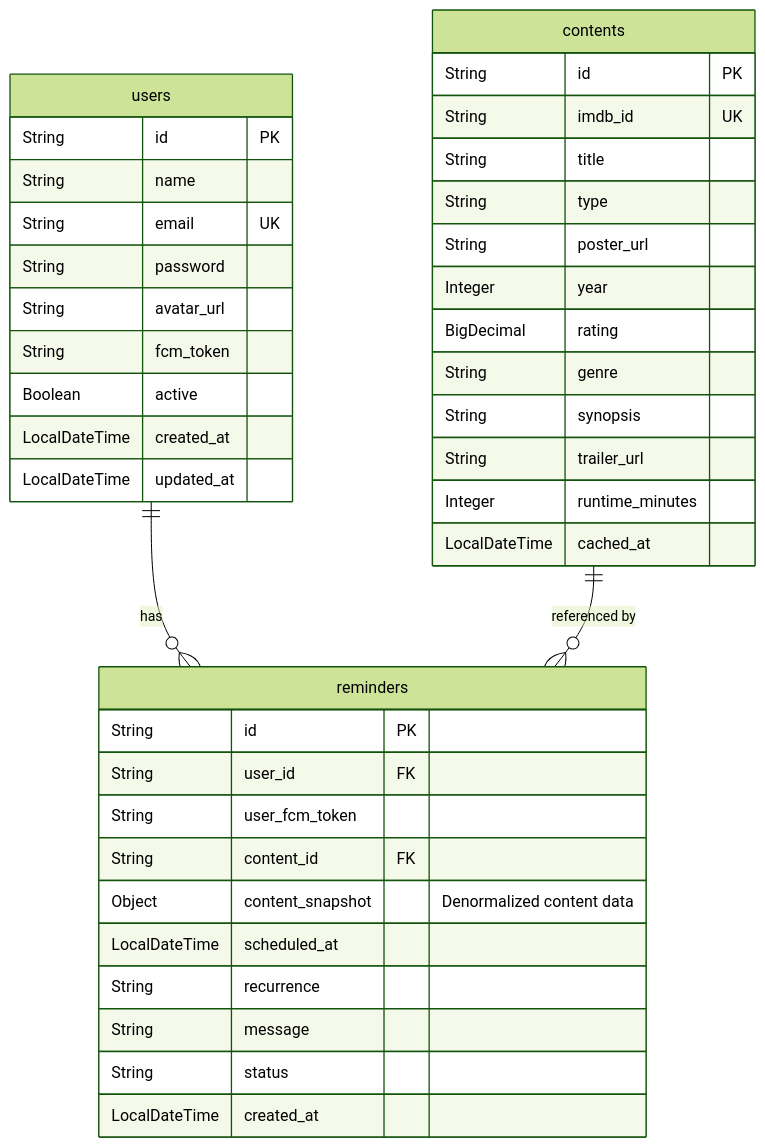
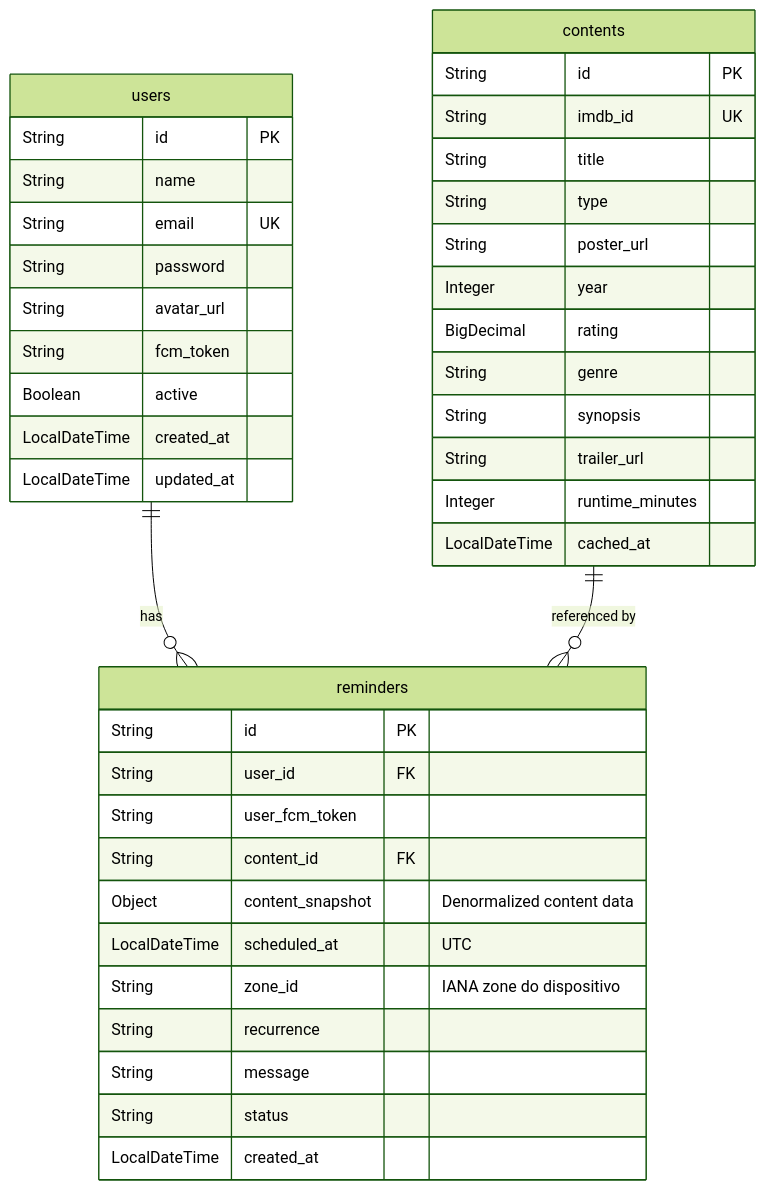
Before and after one commit to alexandreluchetti/cine-alert-backend: the diagram in README.md, drawn with Mermaid (forest theme). The commit also changed other lines of this file and 1 other file, not shown here.

Commit message:
Updating README.md and creating WalThrough.md

````diff
--- a/README.md
+++ b/README.md
@@ -17,45 +17,46 @@
 ```mermaid
 erDiagram
     users {
         String id PK
         String name
         String email UK
         String password
         String avatar_url
         String fcm_token
         Boolean active
         LocalDateTime created_at
         LocalDateTime updated_at
     }
 
     contents {
         String id PK
         String imdb_id UK
         String title
         String type
         String poster_url
         Integer year
         BigDecimal rating
         String genre
         String synopsis
         String trailer_url
         Integer runtime_minutes
         LocalDateTime cached_at
     }
 
     reminders {
         String id PK
         String user_id FK
         String user_fcm_token
         String content_id FK
         Object content_snapshot "Denormalized content data"
-        LocalDateTime scheduled_at
+        LocalDateTime scheduled_at "UTC"
+        String zone_id "IANA zone do dispositivo"
         String recurrence
         String message
         String status
         LocalDateTime created_at
     }
 
     users ||--o{ reminders : "has"
     contents ||--o{ reminders : "referenced by"
 ```
````
